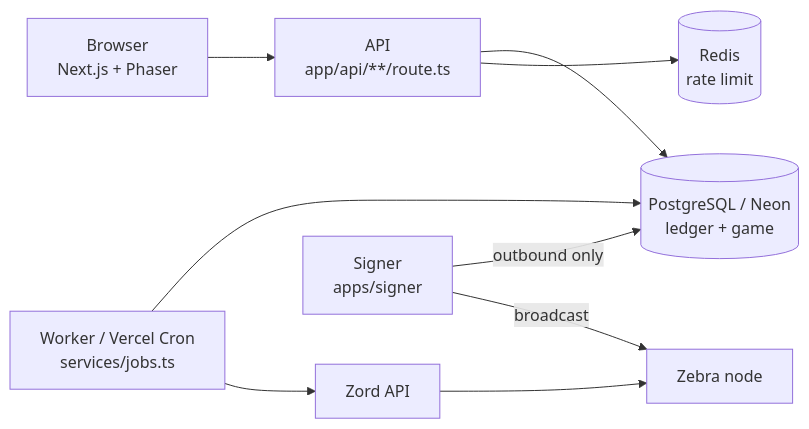
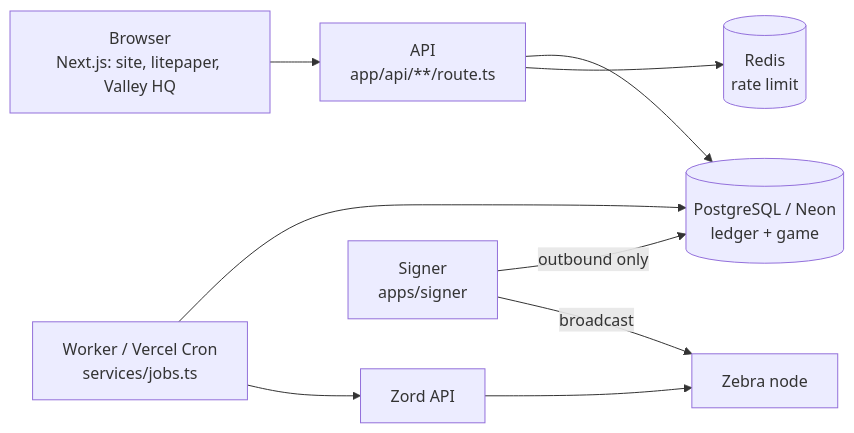
The diagram in docs/ARCHITECTURE.md (genio0091/zecminers), drawn with Mermaid before and after one commit. The commit also changed other lines of this file and 198 other files, not shown here.

First line of the commit message:
Hood Valley: rebrand, new site/litepaper/Valley HQ and the daily-shift economy

````diff
--- a/docs/ARCHITECTURE.md
+++ b/docs/ARCHITECTURE.md
@@ -3,11 +3,11 @@
 ```mermaid
 flowchart LR
-  B[Browser<br/>Next.js + Phaser] --> A[API<br/>app/api/**/route.ts]
+  B[Browser<br/>Next.js: site, litepaper, Valley HQ] --> A[API<br/>app/api/**/route.ts]
   A --> D[(PostgreSQL / Neon<br/>ledger + game)]
   A --> R[(Redis<br/>rate limit)]
   W[Worker / Vercel Cron<br/>services/jobs.ts] --> D
   W --> Z[Zord API]
   Z --> N[Zebra node]
   S[Signer<br/>apps/signer] -->|outbound only| D
   S -->|broadcast| N
 ```
````
